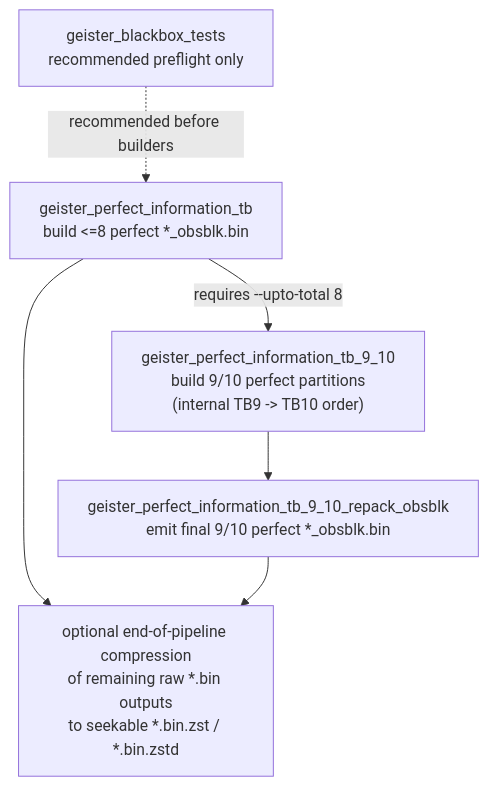
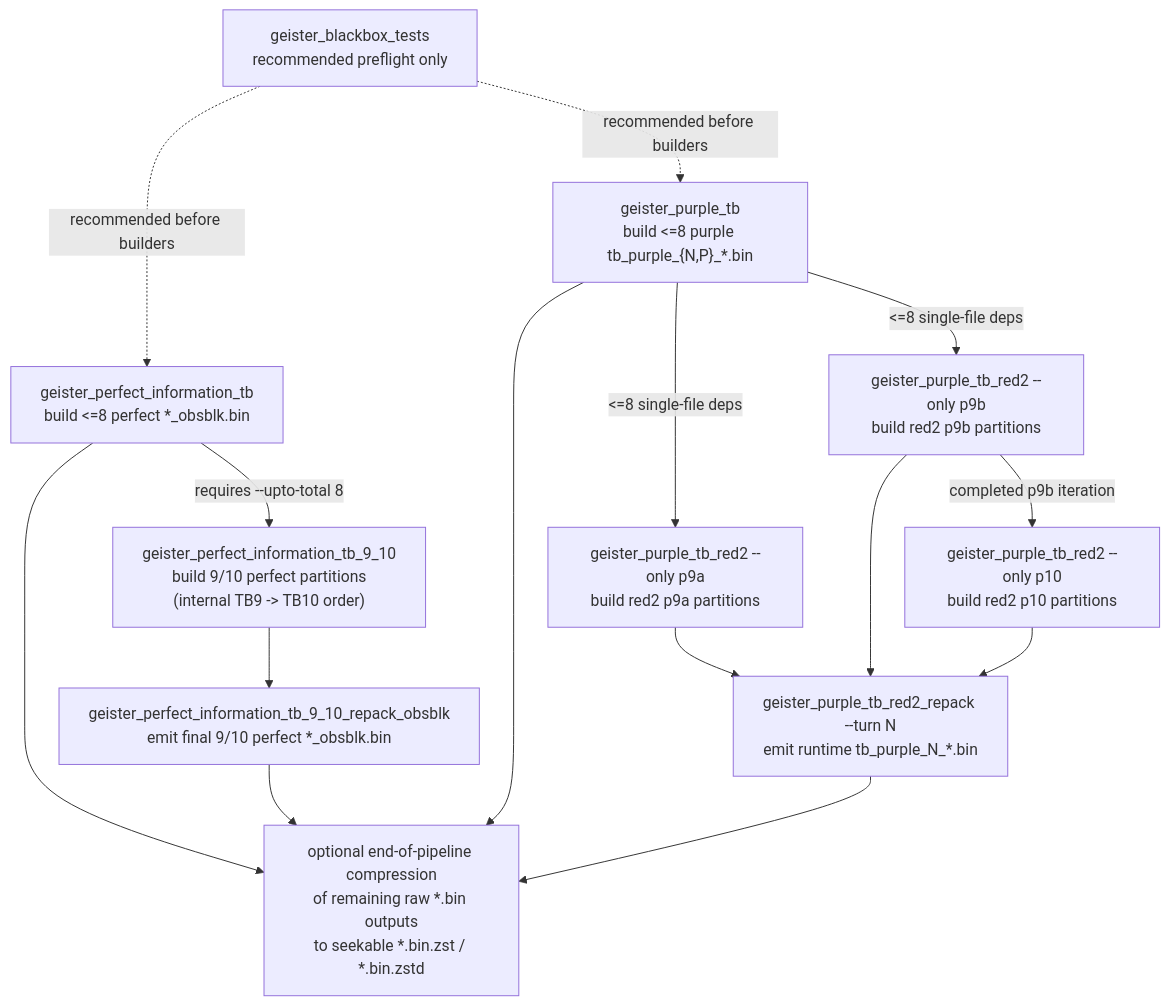
The diagram in README.md (eukaryo/Unweaver-TwoColorEscapeBoardGameAI), drawn with Mermaid before and after one commit. The commit also changed other lines of this file and 3 other files, not shown here.

````diff
--- a/README.md
+++ b/README.md
@@ -107,18 +130,34 @@
 ```mermaid
 flowchart TD
     T["geister_blackbox_tests<br/>recommended preflight only"]
 
     P8["geister_perfect_information_tb<br/>build <=8 perfect *_obsblk.bin"]
     P910["geister_perfect_information_tb_9_10<br/>build 9/10 perfect partitions<br/>(internal TB9 -> TB10 order)"]
     R910["geister_perfect_information_tb_9_10_repack_obsblk<br/>emit final 9/10 perfect *_obsblk.bin"]
 
+    U8["geister_purple_tb<br/>build <=8 purple tb_purple_{N,P}_*.bin"]
+    U9A["geister_purple_tb_red2 --only p9a<br/>build red2 p9a partitions"]
+    U9B["geister_purple_tb_red2 --only p9b<br/>build red2 p9b partitions"]
+    U10["geister_purple_tb_red2 --only p10<br/>build red2 p10 partitions"]
+    UR["geister_purple_tb_red2_repack --turn N<br/>emit runtime tb_purple_N_*.bin"]
+
     C["optional end-of-pipeline compression<br/>of remaining raw *.bin outputs<br/>to seekable *.bin.zst / *.bin.zstd"]
 
     T -. recommended before builders .-> P8
+    T -. recommended before builders .-> U8
 
     P8 -->|requires --upto-total 8| P910
     P910 --> R910
 
+    U8 -->|<=8 single-file deps| U9A
+    U8 -->|<=8 single-file deps| U9B
+    U9B -->|completed p9b iteration| U10
+    U9A --> UR
+    U9B --> UR
+    U10 --> UR
+
     P8 --> C
     R910 --> C
+    U8 --> C
+    UR --> C
 ```
````
